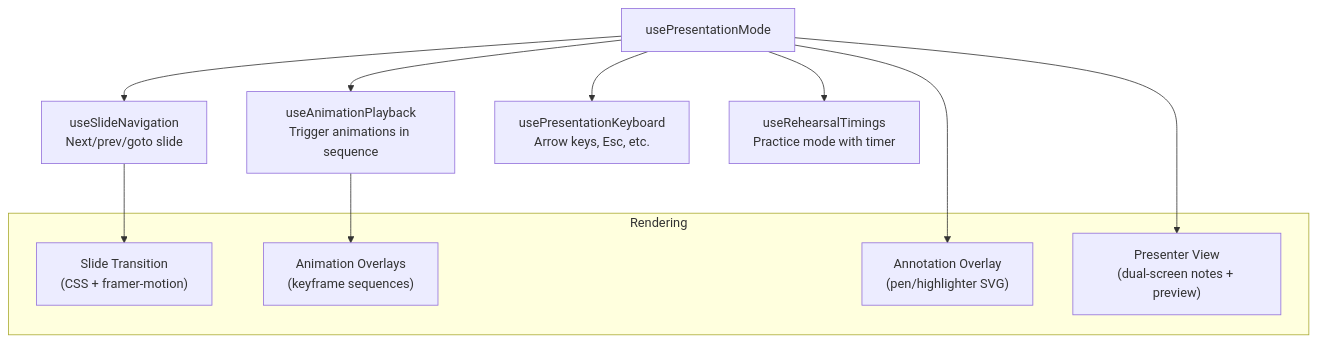
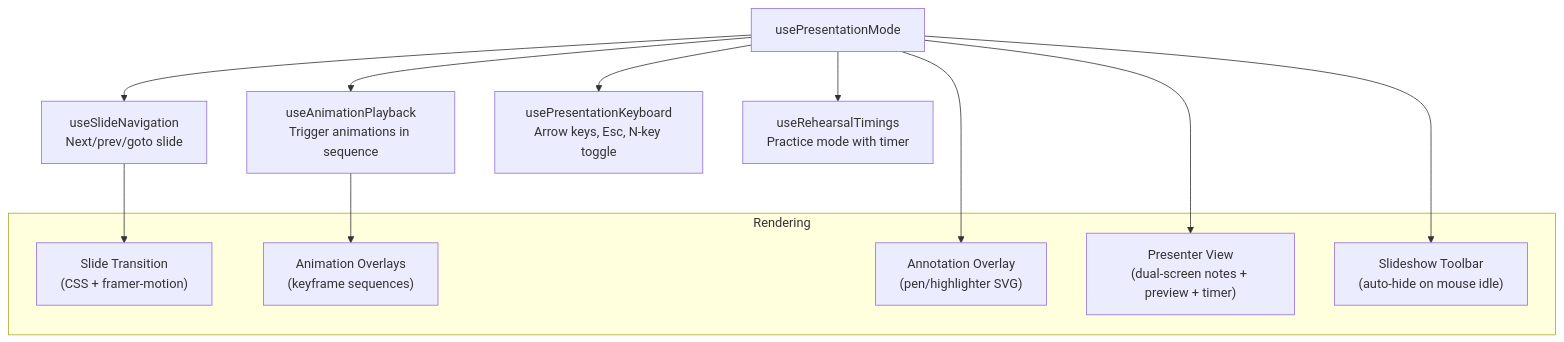
The fifth of 8 diagrams in packages/react/README.md (ChristopherVR/pptx-viewer), drawn with Mermaid before and after one commit. The commit also changed other lines of this file and 21 other files, not shown here.

````diff
--- a/packages/react/README.md
+++ b/packages/react/README.md
@@ -578,19 +599,21 @@
 ```mermaid
 flowchart TD
     PM["usePresentationMode"] --> SN["useSlideNavigation<br/>Next/prev/goto slide"]
     PM --> AP["useAnimationPlayback<br/>Trigger animations in sequence"]
-    PM --> PK["usePresentationKeyboard<br/>Arrow keys, Esc, etc."]
+    PM --> PK["usePresentationKeyboard<br/>Arrow keys, Esc, N-key toggle"]
     PM --> RT["useRehearsalTimings<br/>Practice mode with timer"]
 
     subgraph "Rendering"
         ST["Slide Transition<br/>(CSS + framer-motion)"]
         AN["Animation Overlays<br/>(keyframe sequences)"]
         AO["Annotation Overlay<br/>(pen/highlighter SVG)"]
-        PV["Presenter View<br/>(dual-screen notes + preview)"]
+        PV["Presenter View<br/>(dual-screen notes + preview + timer)"]
+        TB2["Slideshow Toolbar<br/>(auto-hide on mouse idle)"]
     end
 
     SN --> ST
     AP --> AN
     PM --> AO
     PM --> PV
+    PM --> TB2
 ```
````
